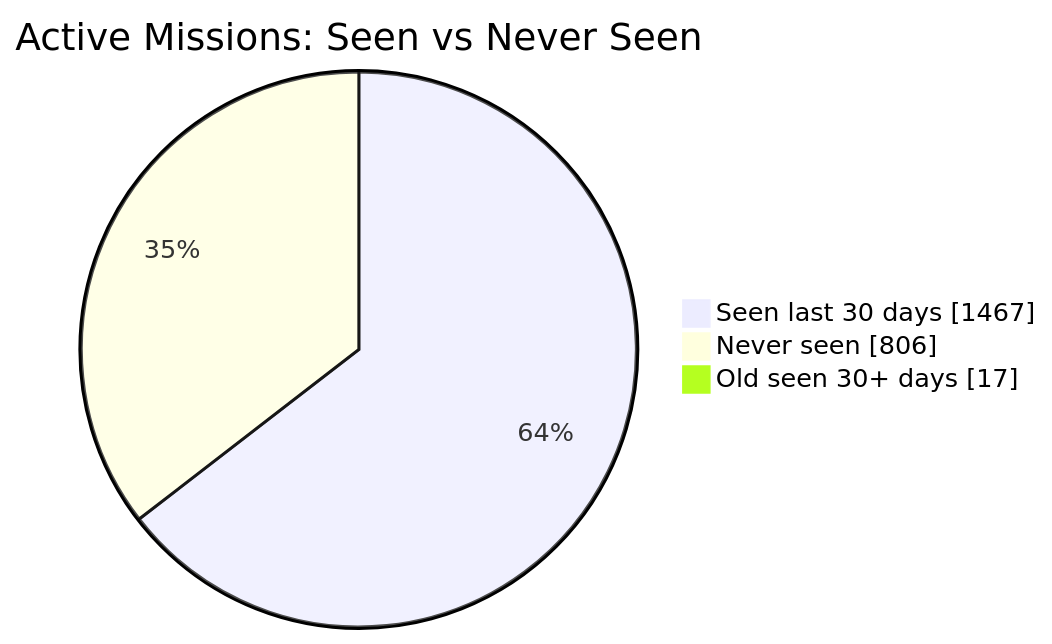
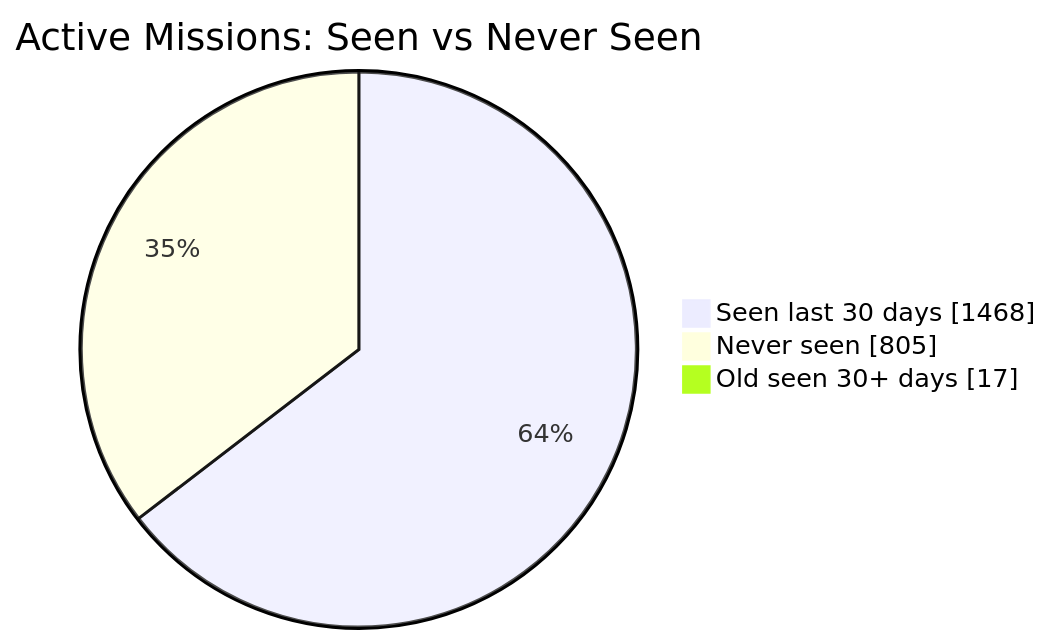
The first of 2 diagrams in README.md (MeldkamerspelGameTeam/active-missions), drawn with Mermaid before and after one commit. The commit also changed other lines of this file and 2 other files, not shown here.

````diff
--- a/README.md
+++ b/README.md
@@ -34,7 +34,7 @@
 ```mermaid
 pie showData
     title Active Missions: Seen vs Never Seen
-    "Seen last 30 days" : 1467
-    "Never seen" : 806
+    "Seen last 30 days" : 1468
+    "Never seen" : 805
     "Old seen 30+ days" : 17
 ```
````
